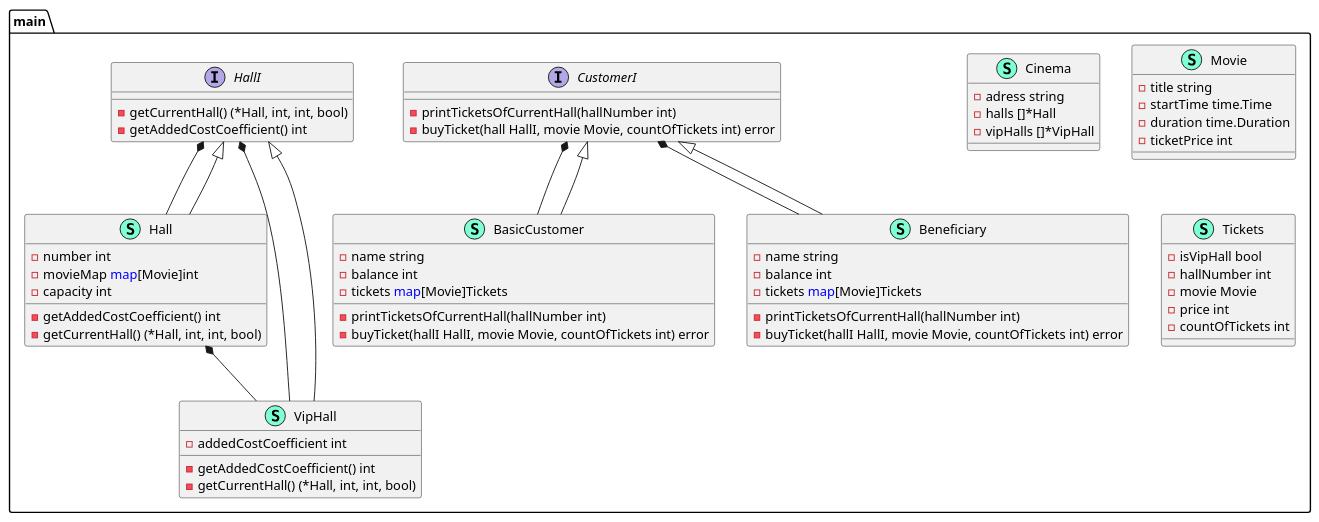
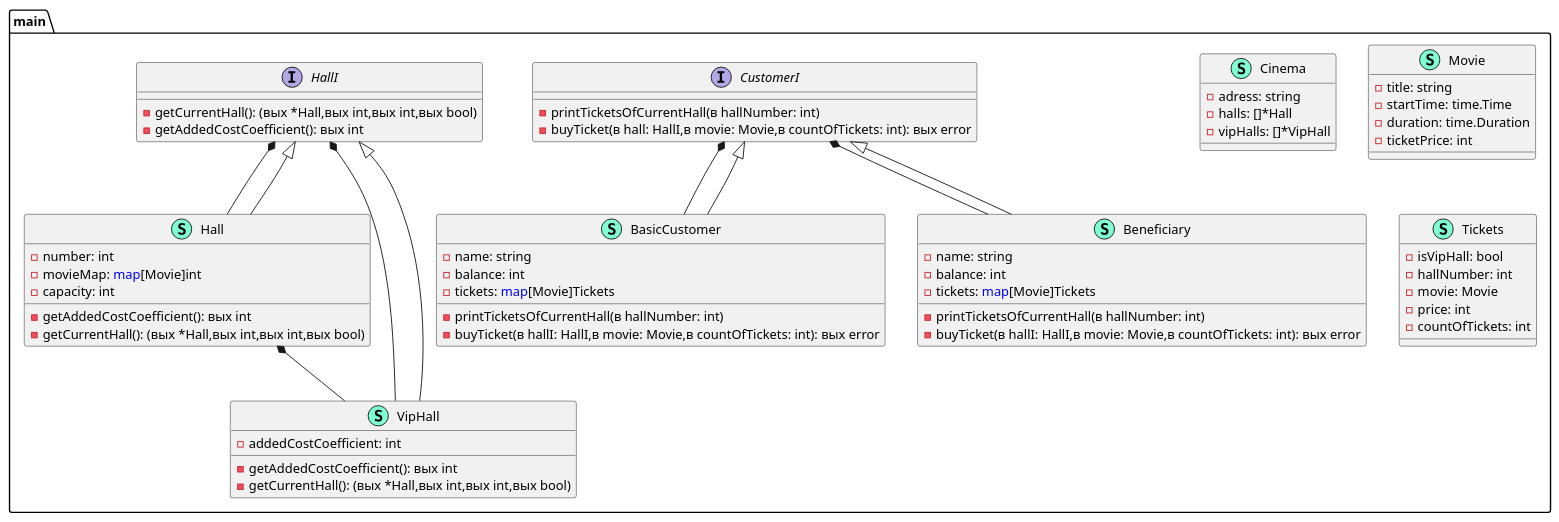
One commit to sQUARys/course_work_oop changed the diagram in first/FirstUml.puml. Above: the diagram before and after it, drawn with PlantUML. The commit also changed 2 other files, not shown here.

Commit message:
Update uml diagramm

```diff
--- a/first/FirstUml.puml
+++ b/first/FirstUml.puml
@@ -1,80 +1,80 @@
 @startuml
 namespace main {
     class BasicCustomer << (S,Aquamarine) >> {
-        - name string
-        - balance int
-        - tickets <font color=blue>map</font>[Movie]Tickets
+        - name: string
+        - balance: int
+        - tickets: <font color=blue>map</font>[Movie]Tickets
 
-        - printTicketsOfCurrentHall(hallNumber int) 
-        - buyTicket(hallI HallI, movie Movie, countOfTickets int) error
+        - printTicketsOfCurrentHall(в hallNumber: int)
+        - buyTicket(в hallI: HallI,в movie: Movie,в countOfTickets: int): вых error
 
     }
     class Beneficiary << (S,Aquamarine) >> {
-        - name string
-        - balance int
-        - tickets <font color=blue>map</font>[Movie]Tickets
+        - name: string
+        - balance: int
+        - tickets: <font color=blue>map</font>[Movie]Tickets
 
-        - printTicketsOfCurrentHall(hallNumber int) 
-        - buyTicket(hallI HallI, movie Movie, countOfTickets int) error
+        - printTicketsOfCurrentHall(в hallNumber: int)
+        - buyTicket(в hallI: HallI,в movie: Movie,в countOfTickets: int): вых error
 
     }
     class Cinema << (S,Aquamarine) >> {
-        - adress string
-        - halls []*Hall
-        - vipHalls []*VipHall
+        - adress: string
+        - halls: []*Hall
+        - vipHalls: []*VipHall
 
     }
     interface CustomerI  {
-        - printTicketsOfCurrentHall(hallNumber int) 
-        - buyTicket(hall HallI, movie Movie, countOfTickets int) error
+        - printTicketsOfCurrentHall(в hallNumber: int)
+        - buyTicket(в hall: HallI,в movie: Movie,в countOfTickets: int): вых error
 
     }
     class Hall << (S,Aquamarine) >> {
-        - number int
-        - movieMap <font color=blue>map</font>[Movie]int
-        - capacity int
+        - number: int
+        - movieMap: <font color=blue>map</font>[Movie]int
+        - capacity: int
 
-        - getAddedCostCoefficient() int
-        - getCurrentHall() (*Hall, int, int, bool)
+        - getAddedCostCoefficient(): вых int
+        - getCurrentHall(): (вых *Hall,вых int,вых int,вых bool)
 
     }
     interface HallI  {
-        - getCurrentHall() (*Hall, int, int, bool)
-        - getAddedCostCoefficient() int
+        - getCurrentHall(): (вых *Hall,вых int,вых int,вых bool)
+        - getAddedCostCoefficient(): вых int
 
     }
     class Movie << (S,Aquamarine) >> {
-        - title string
-        - startTime time.Time
-        - duration time.Duration
-        - ticketPrice int
+        - title: string
+        - startTime: time.Time
+        - duration: time.Duration
+        - ticketPrice: int
 
     }
     class Tickets << (S,Aquamarine) >> {
-        - isVipHall bool
-        - hallNumber int
-        - movie Movie
-        - price int
-        - countOfTickets int
+        - isVipHall: bool
+        - hallNumber: int
+        - movie: Movie
+        - price: int
+        - countOfTickets: int
 
     }
     class VipHall << (S,Aquamarine) >> {
-        - addedCostCoefficient int
+        - addedCostCoefficient: int
 
-        - getAddedCostCoefficient() int
-        - getCurrentHall() (*Hall, int, int, bool)
+        - getAddedCostCoefficient(): вых int
+        - getCurrentHall(): (вых *Hall,вых int,вых int,вых bool)
 
     }
 }
 "main.CustomerI" *-- "main.BasicCustomer"
 "main.CustomerI" *-- "main.Beneficiary"
 "main.HallI" *-- "main.Hall"
 "main.Hall" *-- "main.VipHall"
 "main.HallI" *-- "main.VipHall"
 
 "main.CustomerI" <|-- "main.BasicCustomer"
 "main.CustomerI" <|-- "main.Beneficiary"
 "main.HallI" <|-- "main.Hall"
 "main.HallI" <|-- "main.VipHall"
 
 @enduml
```
